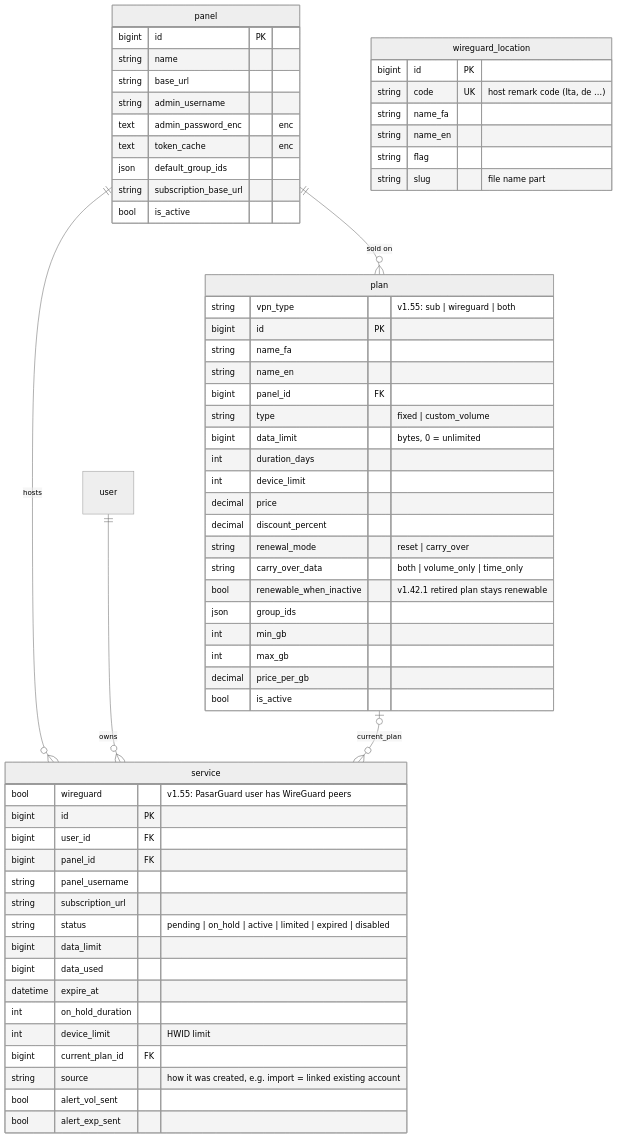
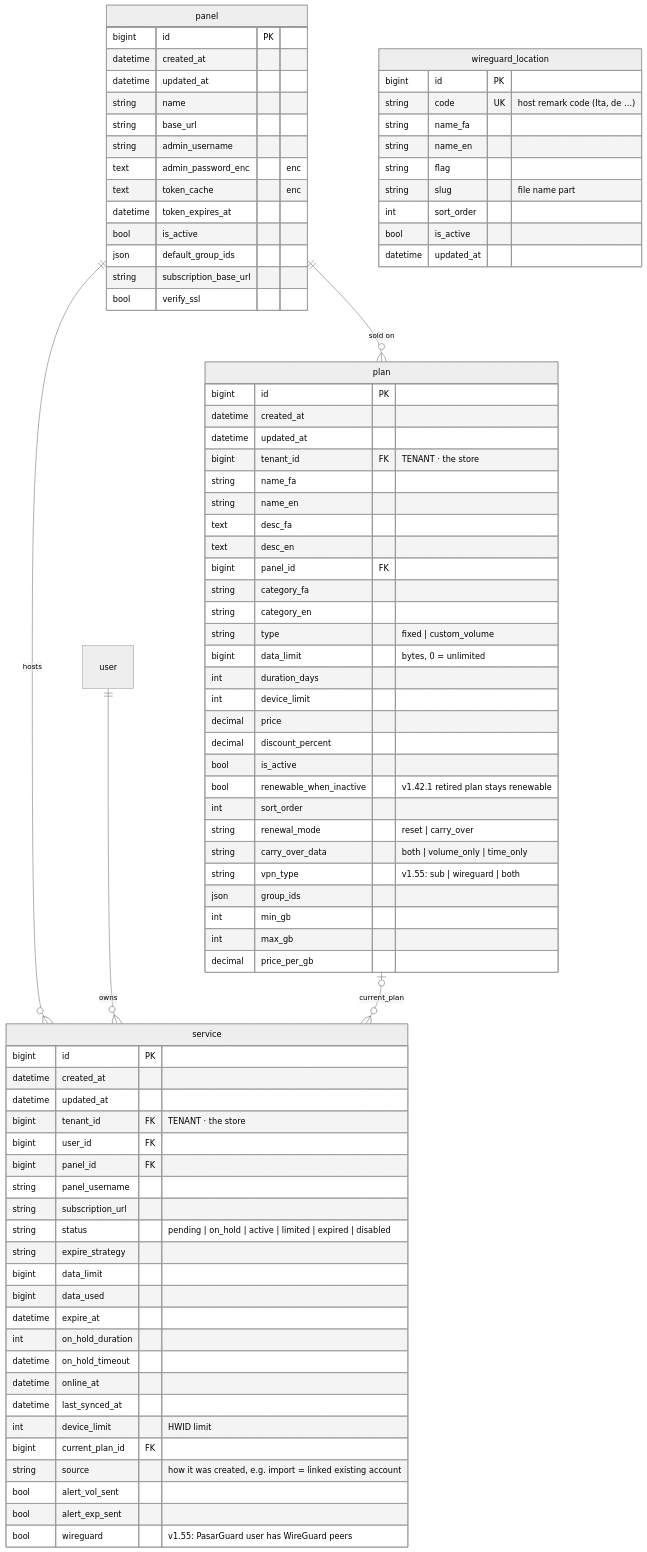
Before and after one commit to santiyagoburcart/caspintunel: the third of 9 diagrams in docs/erd.md, drawn with Mermaid (neutral theme). The commit also changed other lines of this file and 17 other files, not shown here.

First line of the commit message:
docs: v1.56.1 — docs audit after multi-tenant, WireGuard and the store import (docs only)

````diff
--- a/docs/erd.md
+++ b/docs/erd.md
@@ -281,35 +354,47 @@
 
     panel {
         bigint id PK
+        datetime created_at
+        datetime updated_at
         string name
         string base_url
         string admin_username
         text admin_password_enc "enc"
         text token_cache "enc"
+        datetime token_expires_at
+        bool is_active
         json default_group_ids
         string subscription_base_url
-        bool is_active
+        bool verify_ssl
     }
     plan {
-        string vpn_type "v1.55: sub | wireguard | both"
         bigint id PK
+        datetime created_at
+        datetime updated_at
+        bigint tenant_id FK "TENANT · the store"
         string name_fa
         string name_en
+        text desc_fa
+        text desc_en
         bigint panel_id FK
+        string category_fa
+        string category_en
         string type "fixed | custom_volume"
         bigint data_limit "bytes, 0 = unlimited"
         int duration_days
         int device_limit
         decimal price
         decimal discount_percent
+        bool is_active
+        bool renewable_when_inactive "v1.42.1 retired plan stays renewable"
+        int sort_order
         string renewal_mode "reset | carry_over"
         string carry_over_data "both | volume_only | time_only"
-        bool renewable_when_inactive "v1.42.1 retired plan stays renewable"
+        string vpn_type "v1.55: sub | wireguard | both"
         json group_ids
         int min_gb
         int max_gb
         decimal price_per_gb
-        bool is_active
     }
     wireguard_location {
         bigint id PK
@@ -318,23 +403,33 @@
         string name_en
         string flag
         string slug "file name part"
+        int sort_order
+        bool is_active
+        datetime updated_at
     }
     service {
-        bool wireguard "v1.55: PasarGuard user has WireGuard peers"
         bigint id PK
+        datetime created_at
+        datetime updated_at
+        bigint tenant_id FK "TENANT · the store"
         bigint user_id FK
         bigint panel_id FK
         string panel_username
         string subscription_url
         string status "pending | on_hold | active | limited | expired | disabled"
+        string expire_strategy
         bigint data_limit
         bigint data_used
         datetime expire_at
         int on_hold_duration
+        datetime on_hold_timeout
+        datetime online_at
+        datetime last_synced_at
         int device_limit "HWID limit"
         bigint current_plan_id FK
         string source "how it was created, e.g. import = linked existing account"
         bool alert_vol_sent
         bool alert_exp_sent
+        bool wireguard "v1.55: PasarGuard user has WireGuard peers"
     }
 ```
````
